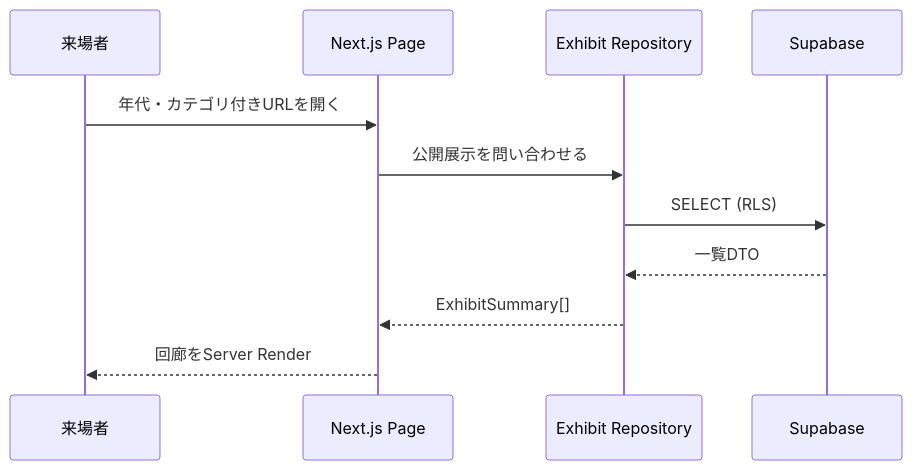
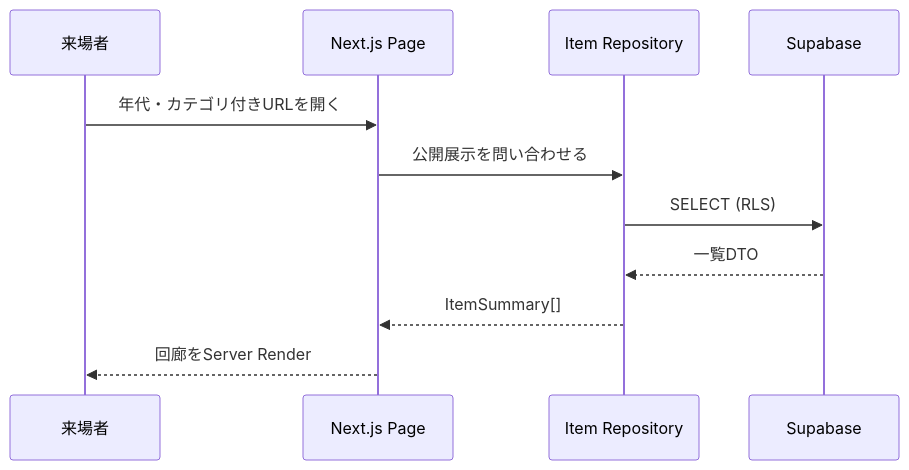
One commit to yasusudas/anokoro-museum changed the third of 5 diagrams in docs/ARCHITECTURE_OVERVIEW.md. Above: the diagram before and after it, drawn with Mermaid. The commit also changed other lines of this file and 6 other files, not shown here.

````diff
--- a/docs/ARCHITECTURE_OVERVIEW.md
+++ b/docs/ARCHITECTURE_OVERVIEW.md
@@ -48,13 +48,13 @@
 ```mermaid
 sequenceDiagram
   participant U as 来場者
   participant P as Next.js Page
-  participant R as Exhibit Repository
+  participant R as Item Repository
   participant DB as Supabase
   U->>P: 年代・カテゴリ付きURLを開く
   P->>R: 公開展示を問い合わせる
   R->>DB: SELECT (RLS)
   DB-->>R: 一覧DTO
-  R-->>P: ExhibitSummary[]
+  R-->>P: ItemSummary[]
   P-->>U: 回廊をServer Render
 ```
````
